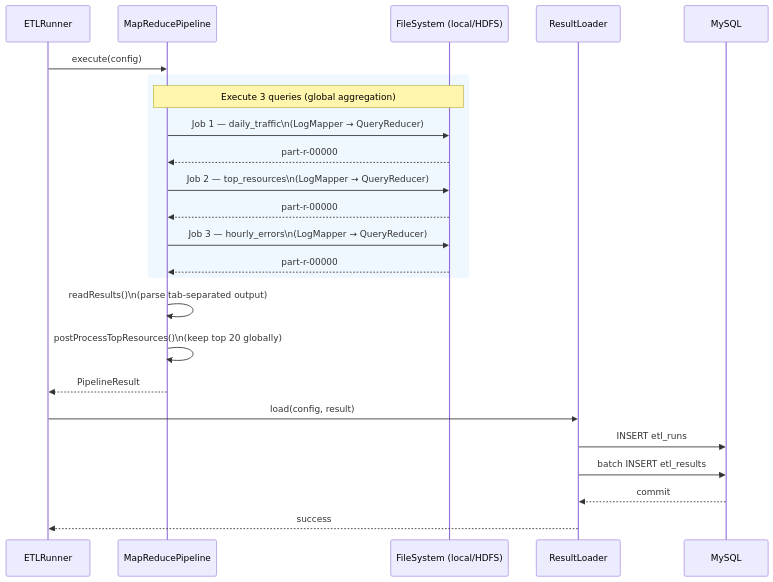
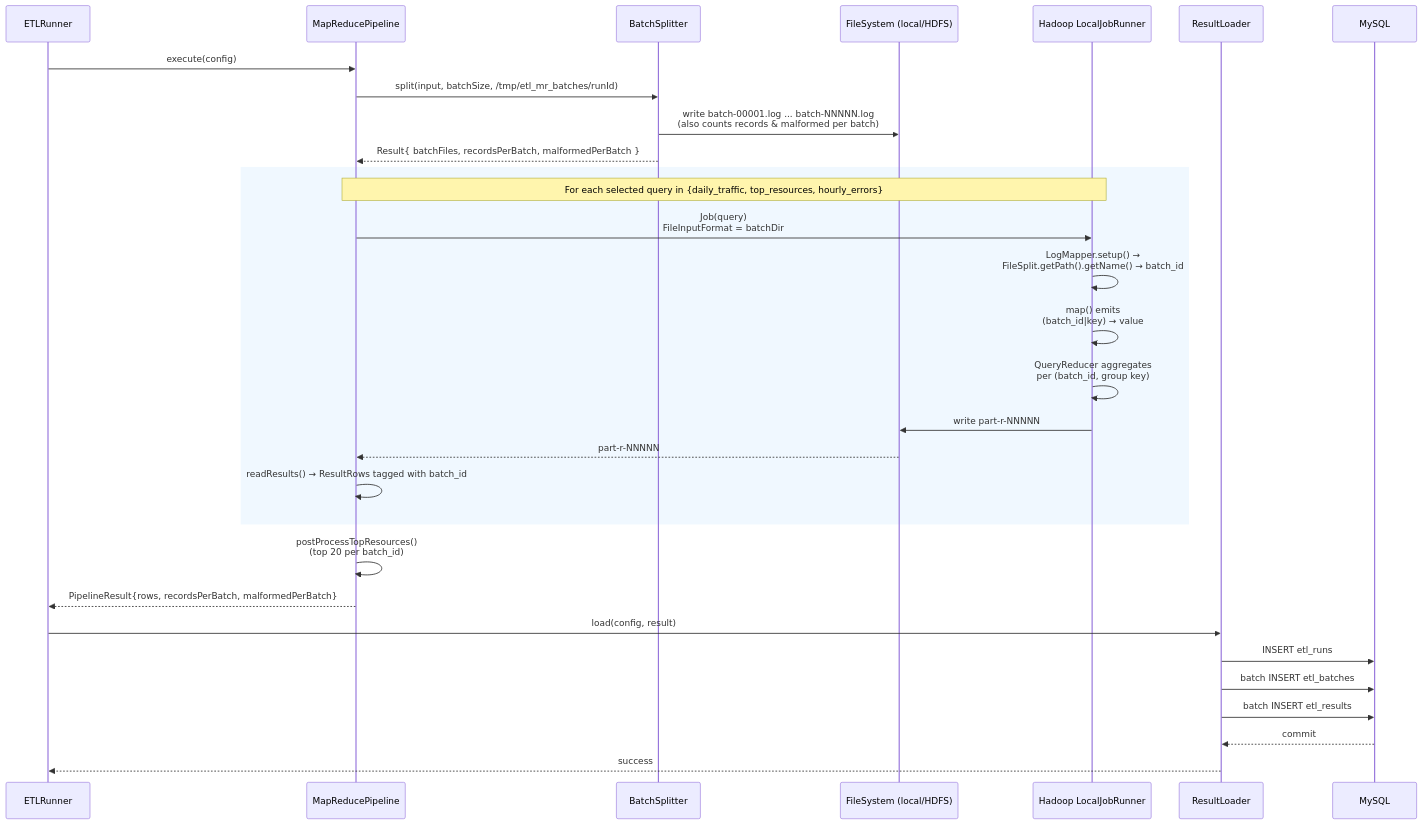
Before and after one commit to Rohitangshu2026/NoSQL: the third of 7 diagrams in Project/etl-framework/README.md, drawn with Mermaid. The commit also changed other lines of this file, not shown here.

````diff
--- a/Project/etl-framework/README.md
+++ b/Project/etl-framework/README.md
@@ -192,38 +233,40 @@
 ```mermaid
 sequenceDiagram
 
 participant Runner as ETLRunner
 participant MR as MapReducePipeline
+participant BS as BatchSplitter
 participant FS as FileSystem (local/HDFS)
+participant Hadoop as Hadoop LocalJobRunner
 participant Loader as ResultLoader
 participant DB as MySQL
 
 Runner->>MR: execute(config)
 
+MR->>BS: split(input, batchSize, /tmp/etl_mr_batches/runId)
+BS->>FS: write batch-00001.log ... batch-NNNNN.log<br/>(also counts records & malformed per batch)
+BS-->>MR: Result{ batchFiles, recordsPerBatch, malformedPerBatch }
+
 rect rgb(240, 248, 255)
-Note over MR,FS: Execute 3 queries (global aggregation)
+Note over MR,Hadoop: For each selected query in {daily_traffic, top_resources, hourly_errors}
 
-MR->>FS: Job 1 — daily_traffic\n(LogMapper → QueryReducer)
-FS-->>MR: part-r-00000
-
-MR->>FS: Job 2 — top_resources\n(LogMapper → QueryReducer)
-FS-->>MR: part-r-00000
-
-MR->>FS: Job 3 — hourly_errors\n(LogMapper → QueryReducer)
-FS-->>MR: part-r-00000
+MR->>Hadoop: Job(query)<br/>FileInputFormat = batchDir
+Hadoop->>Hadoop: LogMapper.setup() →<br/>FileSplit.getPath().getName() → batch_id
+Hadoop->>Hadoop: map() emits<br/>(batch_id|key) → value
+Hadoop->>Hadoop: QueryReducer aggregates<br/>per (batch_id, group key)
+Hadoop->>FS: write part-r-NNNNN
+FS-->>MR: part-r-NNNNN
+MR->>MR: readResults() → ResultRows tagged with batch_id
 end
 
-MR->>MR: readResults()\n(parse tab-separated output)
+MR->>MR: postProcessTopResources()<br/>(top 20 per batch_id)
 
-MR->>MR: postProcessTopResources()\n(keep top 20 globally)
-
-MR-->>Runner: PipelineResult
+MR-->>Runner: PipelineResult{rows, recordsPerBatch, malformedPerBatch}
 
 Runner->>Loader: load(config, result)
-
 Loader->>DB: INSERT etl_runs
+Loader->>DB: batch INSERT etl_batches
 Loader->>DB: batch INSERT etl_results
-
 DB-->>Loader: commit
 Loader-->>Runner: success
 ```
````
